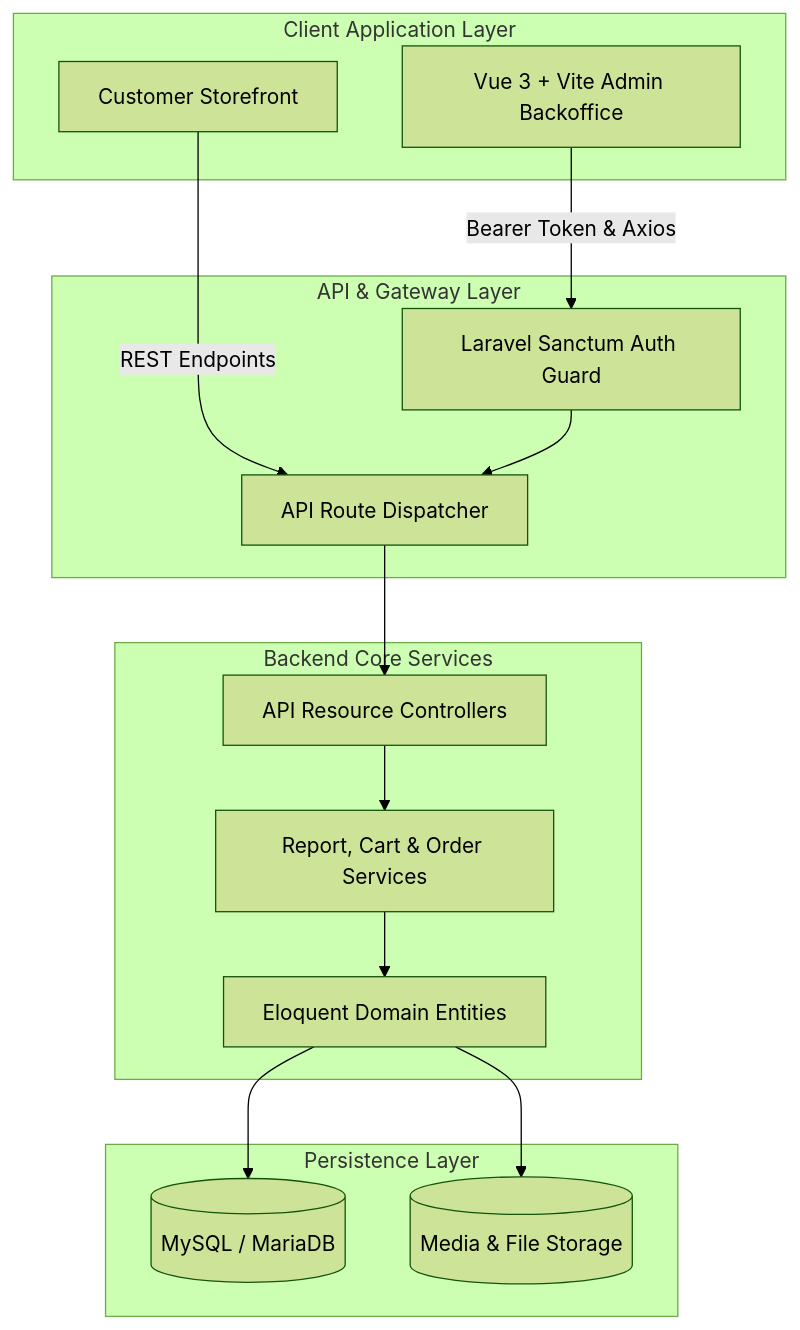
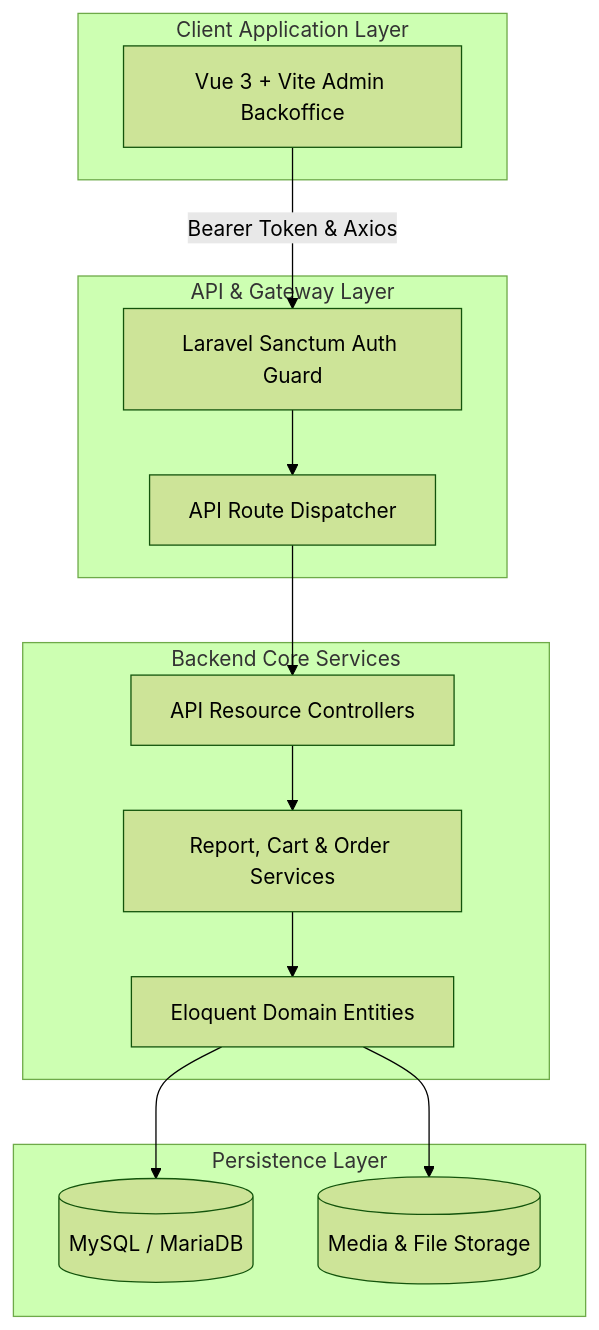
One commit to namirma/laravel-vue-ecommerce changed the diagram in README.md. Above: the diagram before and after it, drawn with Mermaid (forest theme). The commit also changed other lines of this file and 16 other files, not shown here.

````diff
--- a/README.md
+++ b/README.md
@@ -17,32 +17,30 @@
 ```mermaid
 graph TD
     subgraph Client Application Layer
         SPA[Vue 3 + Vite Admin Backoffice]
-        Storefront[Customer Storefront]
     end
 
     subgraph API & Gateway Layer
         Sanctum[Laravel Sanctum Auth Guard]
         Router[API Route Dispatcher]
     end
 
     subgraph Backend Core Services
         Controllers[API Resource Controllers]
         Services[Report, Cart & Order Services]
         Models[Eloquent Domain Entities]
     end
 
     subgraph Persistence Layer
         DB[(MySQL / MariaDB)]
         Storage[(Media & File Storage)]
     end
 
     SPA -->|Bearer Token & Axios| Sanctum
-    Storefront -->|REST Endpoints| Router
     Sanctum --> Router
     Router --> Controllers
     Controllers --> Services
     Services --> Models
     Models --> DB
     Models --> Storage
 ```
````
